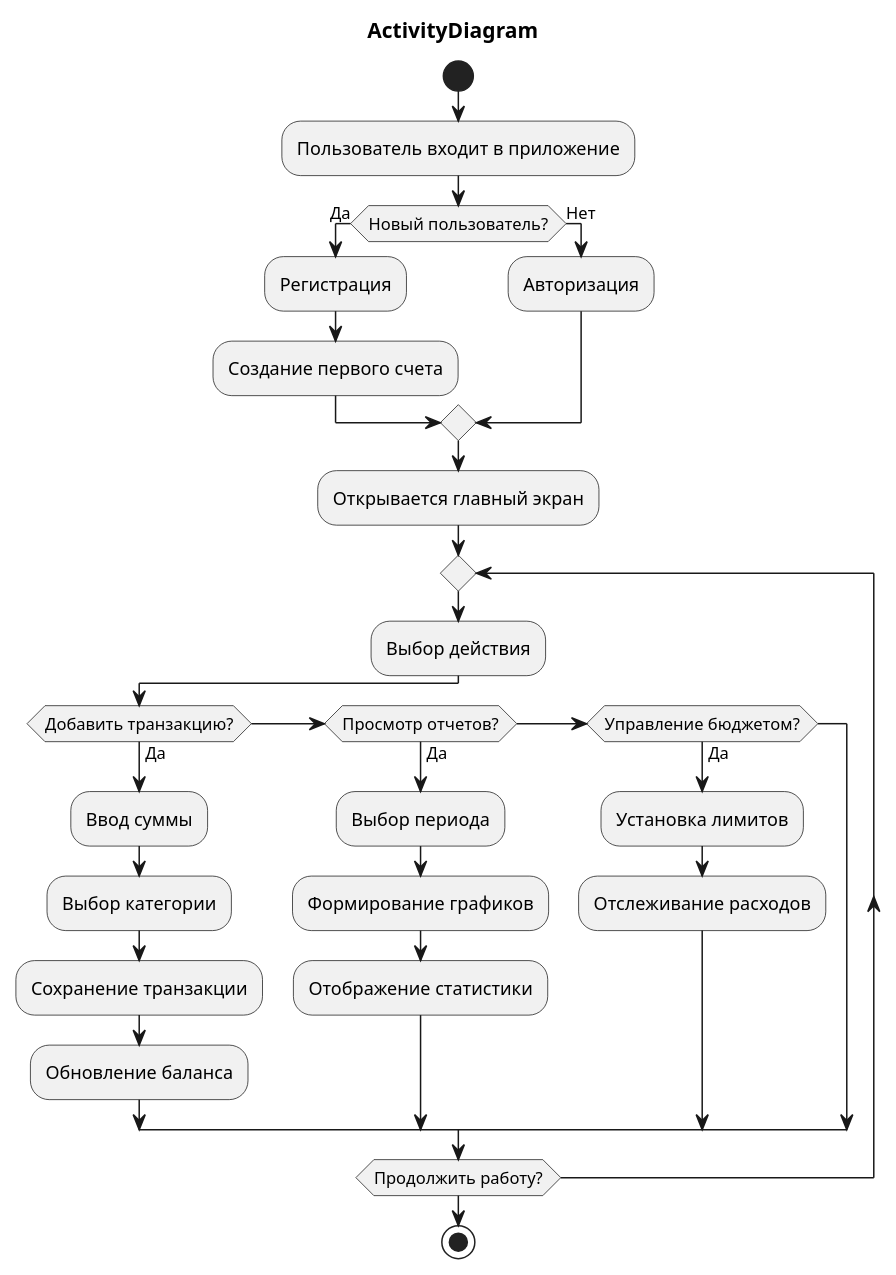
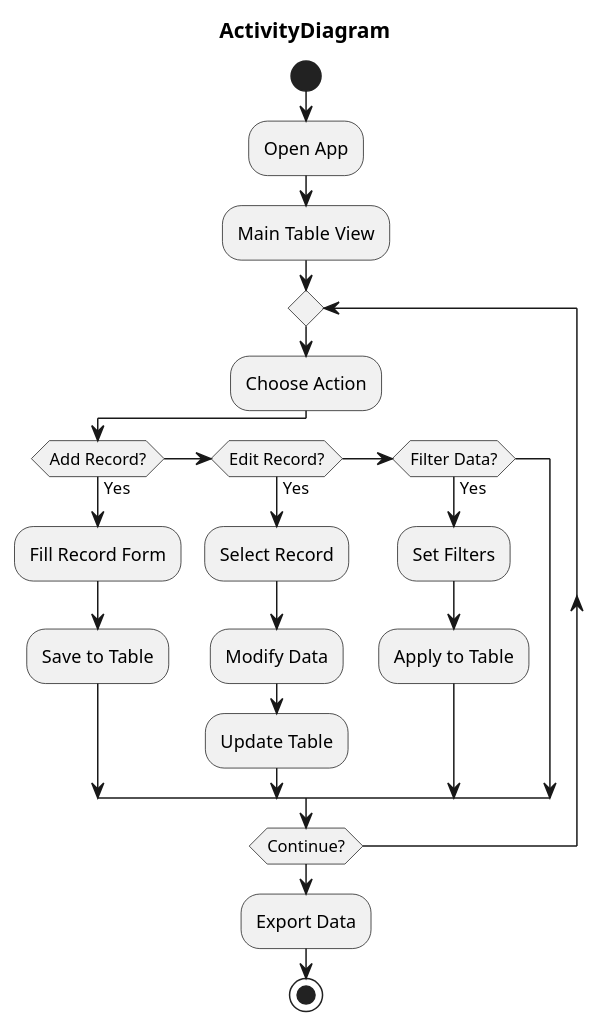
The diagram in мдк 04 02 проект 10/ActivityDiagram.puml (lain1r/332-21-fofanov), drawn with PlantUML before and after one commit. The commit also changed 6 other files, not shown here.

```diff
--- a/мдк 04 02 проект 10/ActivityDiagram.puml
+++ b/мдк 04 02 проект 10/ActivityDiagram.puml
@@ -1,31 +1,23 @@
 @startuml
 title ActivityDiagram
 
 start
-:Пользователь входит в приложение;
-if (Новый пользователь?) then (Да)
-  :Регистрация;
-  :Создание первого счета;
-else (Нет)
-  :Авторизация;
-endif
-
-:Открывается главный экран;
+:Open App;
+:Main Table View;
 repeat
-  :Выбор действия;
-  if (Добавить транзакцию?) then (Да)
-    :Ввод суммы;
-    :Выбор категории;
-    :Сохранение транзакции;
-    :Обновление баланса;
-  elseif (Просмотр отчетов?) then (Да)
-    :Выбор периода;
-    :Формирование графиков;
-    :Отображение статистики;
-  elseif (Управление бюджетом?) then (Да)
-    :Установка лимитов;
-    :Отслеживание расходов;
+  :Choose Action;
+  if (Add Record?) then (Yes)
+    :Fill Record Form;
+    :Save to Table;
+  elseif (Edit Record?) then (Yes)
+    :Select Record;
+    :Modify Data;
+    :Update Table;
+  elseif (Filter Data?) then (Yes)
+    :Set Filters;
+    :Apply to Table;
   endif
-repeat while (Продолжить работу?) 
+repeat while (Continue?) 
+:Export Data;
 stop
 @enduml
```
